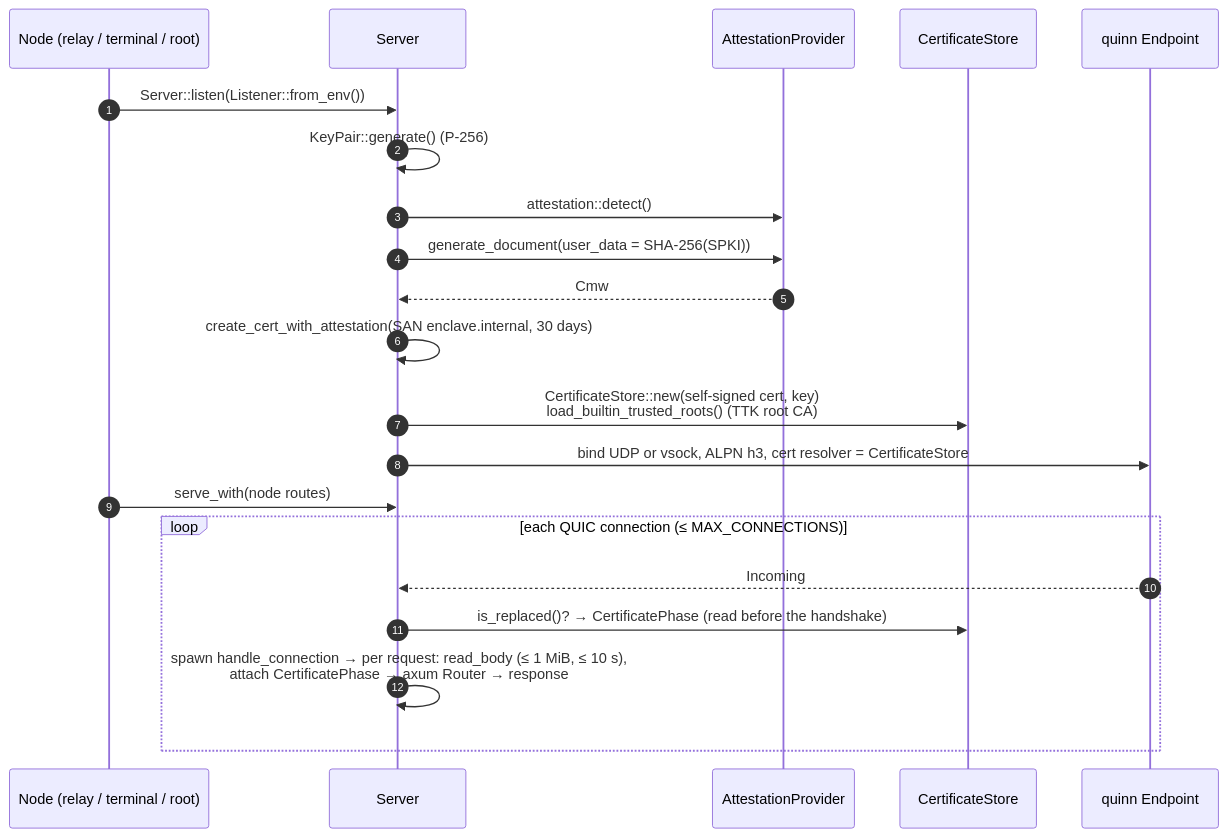
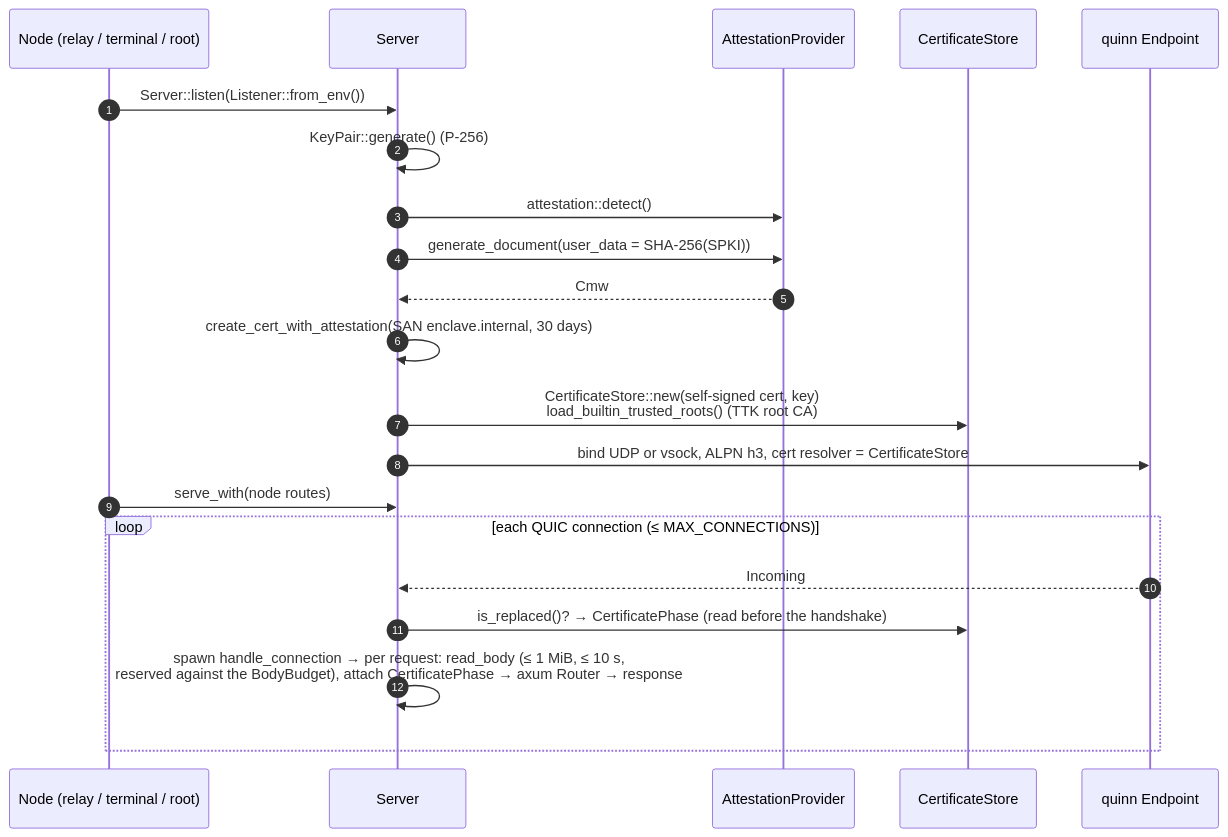
Before and after one commit to Lanetus/TTKServer: the second of 4 diagrams in docs/src/ra-server.md, drawn with Mermaid. The commit also changed other lines of this file and 6 other files, not shown here.

First line of the commit message:
fix: update the mdBook architecture docs to v6.5.0 (#103)

````diff
--- a/docs/src/ra-server.md
+++ b/docs/src/ra-server.md
@@ -64,24 +64,24 @@
 ```mermaid
 sequenceDiagram
     autonumber
     participant App as Node (relay / terminal / root)
     participant S as Server
     participant P as AttestationProvider
     participant CS as CertificateStore
     participant Q as quinn Endpoint
 
     App->>S: Server::listen(Listener::from_env())
     S->>S: KeyPair::generate() (P-256)
     S->>P: attestation::detect()
     S->>P: generate_document(user_data = SHA-256(SPKI))
     P-->>S: Cmw
     S->>S: create_cert_with_attestation(SAN enclave.internal, 30 days)
     S->>CS: CertificateStore::new(self-signed cert, key)<br/>load_builtin_trusted_roots() (TTK root CA)
     S->>Q: bind UDP or vsock, ALPN h3, cert resolver = CertificateStore
     App->>S: serve_with(node routes)
     loop each QUIC connection (≤ MAX_CONNECTIONS)
         Q-->>S: Incoming
         S->>CS: is_replaced()? → CertificatePhase (read before the handshake)
-        S->>S: spawn handle_connection → per request: read_body (≤ 1 MiB, ≤ 10 s),<br/>attach CertificatePhase → axum Router → response
+        S->>S: spawn handle_connection → per request: read_body (≤ 1 MiB, ≤ 10 s,<br/>reserved against the BodyBudget), attach CertificatePhase → axum Router → response
     end
 ```
````
